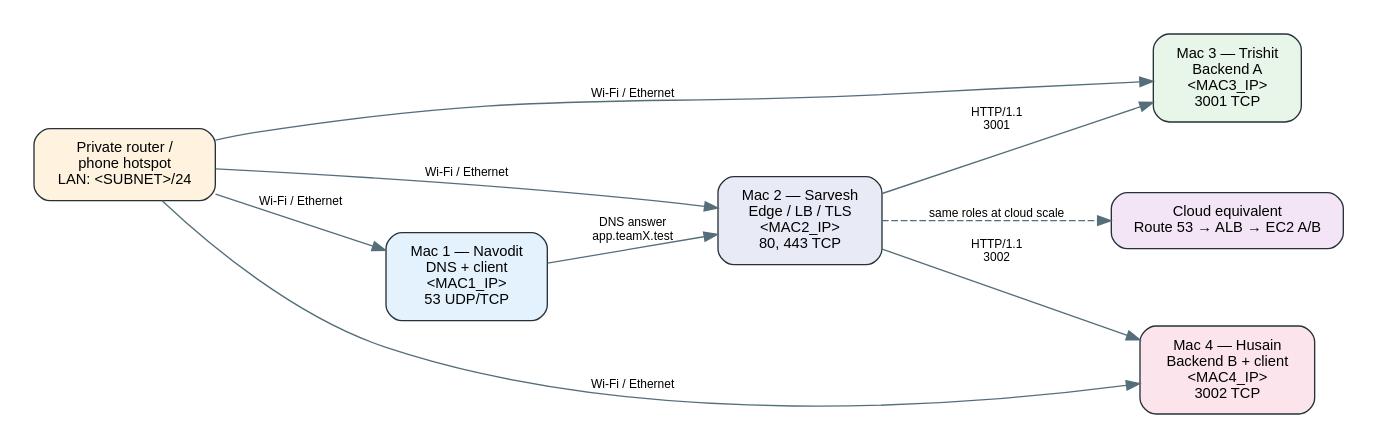
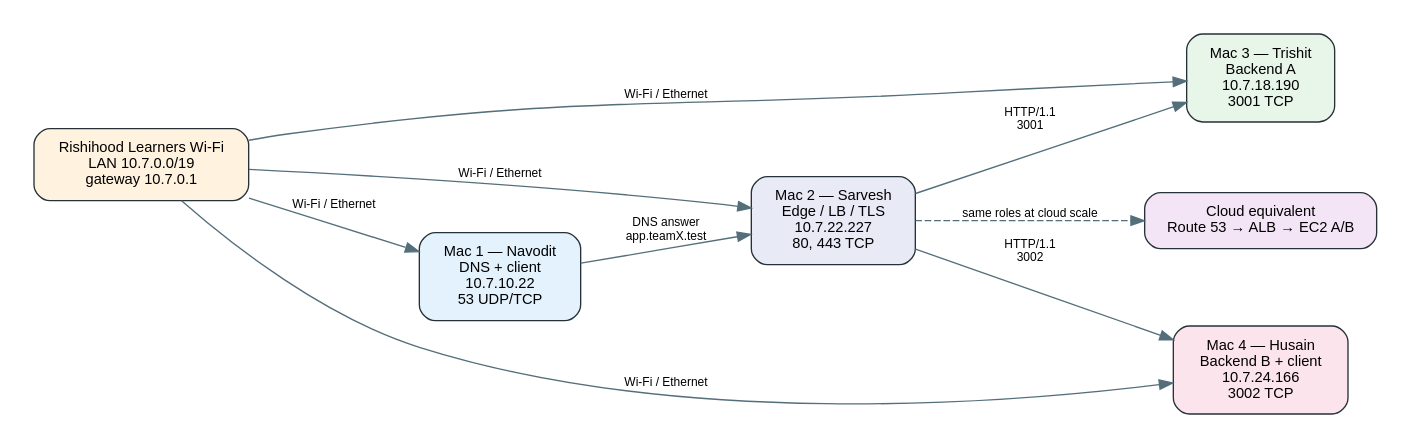
The diagram in 01_architecture/topology.dot (HusainNST/CN), drawn with Graphviz before and after one commit. The commit also changed 22 other files, not shown here.

First line of the commit message:
docs(phase1): move edge, IP table and diagrams to Rishihood Learners LAN

```diff
--- a/01_architecture/topology.dot
+++ b/01_architecture/topology.dot
@@ -1,21 +1,21 @@
 digraph topology {
     graph [rankdir=LR, bgcolor="white", pad="0.25", nodesep="0.55", ranksep="0.8"];
     node [shape=box, style="rounded,filled", fontname="Helvetica", fontsize=11, margin="0.18,0.12", color="#263238"];
     edge [fontname="Helvetica", fontsize=9, color="#546e7a"];
 
-    network [label="Private router /\nphone hotspot\nLAN: <SUBNET>/24", fillcolor="#fff3e0"];
-    mac1 [label="Mac 1 — Navodit\nDNS + client\n<MAC1_IP>\n53 UDP/TCP", fillcolor="#e3f2fd"];
-    mac2 [label="Mac 2 — Sarvesh\nEdge / LB / TLS\n<MAC2_IP>\n80, 443 TCP", fillcolor="#e8eaf6"];
-    mac3 [label="Mac 3 — Trishit\nBackend A\n<MAC3_IP>\n3001 TCP", fillcolor="#e8f5e9"];
-    mac4 [label="Mac 4 — Husain\nBackend B + client\n<MAC4_IP>\n3002 TCP", fillcolor="#fce4ec"];
+    network [label="Rishihood Learners Wi-Fi\nLAN 10.7.0.0/19\ngateway 10.7.0.1", fillcolor="#fff3e0"];
+    mac1 [label="Mac 1 — Navodit\nDNS + client\n10.7.10.22\n53 UDP/TCP", fillcolor="#e3f2fd"];
+    mac2 [label="Mac 2 — Sarvesh\nEdge / LB / TLS\n10.7.22.227\n80, 443 TCP", fillcolor="#e8eaf6"];
+    mac3 [label="Mac 3 — Trishit\nBackend A\n10.7.18.190\n3001 TCP", fillcolor="#e8f5e9"];
+    mac4 [label="Mac 4 — Husain\nBackend B + client\n10.7.24.166\n3002 TCP", fillcolor="#fce4ec"];
     cloud [label="Cloud equivalent\nRoute 53 → ALB → EC2 A/B", fillcolor="#f3e5f5"];
 
     network -> mac1 [label="Wi-Fi / Ethernet"];
     network -> mac2 [label="Wi-Fi / Ethernet"];
     network -> mac3 [label="Wi-Fi / Ethernet"];
     network -> mac4 [label="Wi-Fi / Ethernet"];
     mac1 -> mac2 [label="DNS answer\napp.teamX.test"];
     mac2 -> mac3 [label="HTTP/1.1\n3001"];
     mac2 -> mac4 [label="HTTP/1.1\n3002"];
     mac2 -> cloud [style=dashed, label="same roles at cloud scale"];
 }
```
